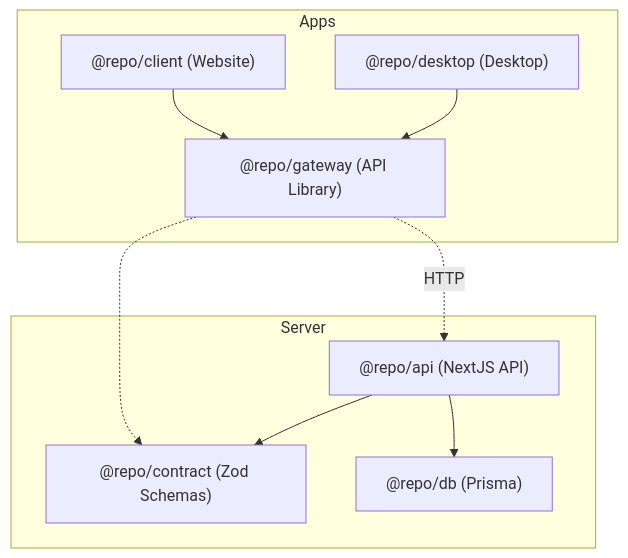
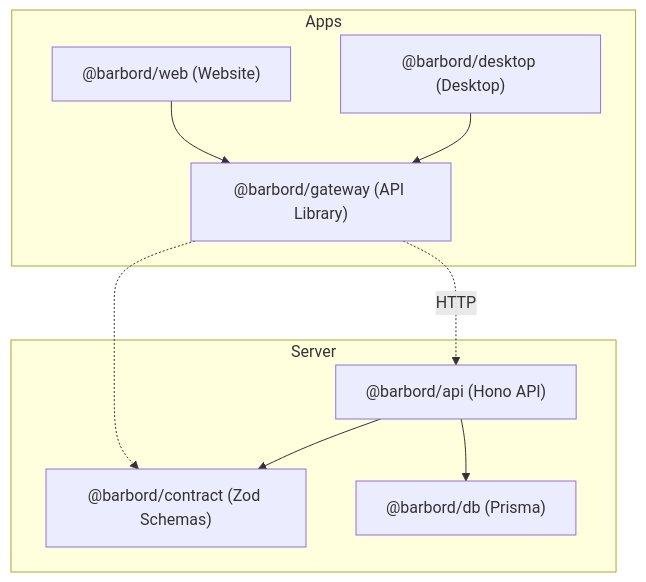
One commit to luximus-hunter/barbord-fullstack changed the diagram in README.md. Above: the diagram before and after it, drawn with Mermaid. The commit also changed other lines of this file and 161 other files, not shown here.

First line of the commit message:
Rebrand to @barbord and migrate API to Hono and Web to SvelteKit

````diff
--- a/README.md
+++ b/README.md
@@ -61,25 +23,24 @@
 ```mermaid
 flowchart TB
   subgraph "Apps"
-    WEB["@repo/client (Website)"]
-    DESKTOP["@repo/desktop (Desktop)"]
-    GATEWAY["@repo/gateway (API Library)"]
+    WEB["@barbord/web (Website)"]
+    DESKTOP["@barbord/desktop (Desktop)"]
+    GATEWAY["@barbord/gateway (API Library)"]
   end
 
 
   subgraph "Server"
-    API["@repo/api (NextJS API)"]
-
-    CONTRACT["@repo/contract (Zod Schemas)"]
-    DB["@repo/db (Prisma)"]
+    API["@barbord/api (Hono API)"]
+    CONTRACT["@barbord/contract (Zod Schemas)"]
+    DB["@barbord/db (Prisma)"]
   end
 
   WEB --> GATEWAY
   DESKTOP --> GATEWAY
 
   GATEWAY -. HTTP .-> API
   GATEWAY -.-> CONTRACT
 
   API --> CONTRACT
   API --> DB
 ```
````
